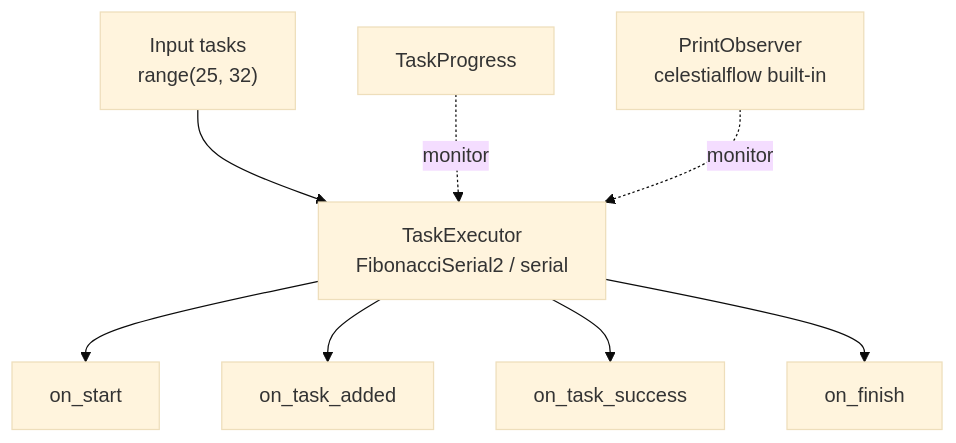
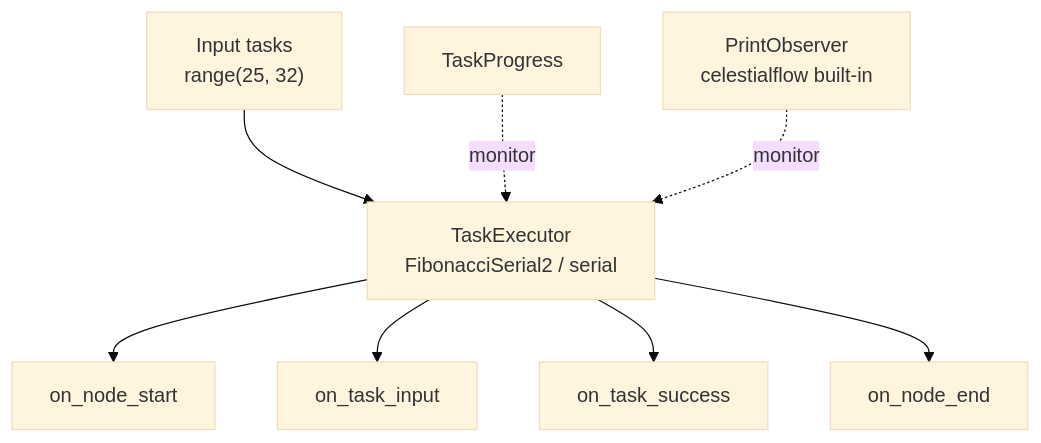
Before and after one commit to Mr-xiaotian/CelestialFlow: the diagram in docs/en/demo/demo_observer.md, drawn with Mermaid (base theme). The commit also changed other lines of this file and 157 other files, not shown here.

````diff
--- a/docs/en/demo/demo_observer.md
+++ b/docs/en/demo/demo_observer.md
@@ -25,10 +25,10 @@
 ```mermaid
 flowchart TB
     Input["Input tasks<br/>range(25, 32)"] --> Executor["TaskExecutor<br/>FibonacciSerial2 / serial"]
     Progress["TaskProgress"] -.monitor.-> Executor
     Custom["PrintObserver<br/>celestialflow built-in"] -.monitor.-> Executor
-    Executor --> Start["on_start"]
-    Executor --> Added["on_task_added"]
+    Executor --> NodeStart["on_node_start"]
+    Executor --> TaskInput["on_task_input"]
     Executor --> Success["on_task_success"]
-    Executor --> Finish["on_finish"]
+    Executor --> NodeEnd["on_node_end"]
 ```
````
